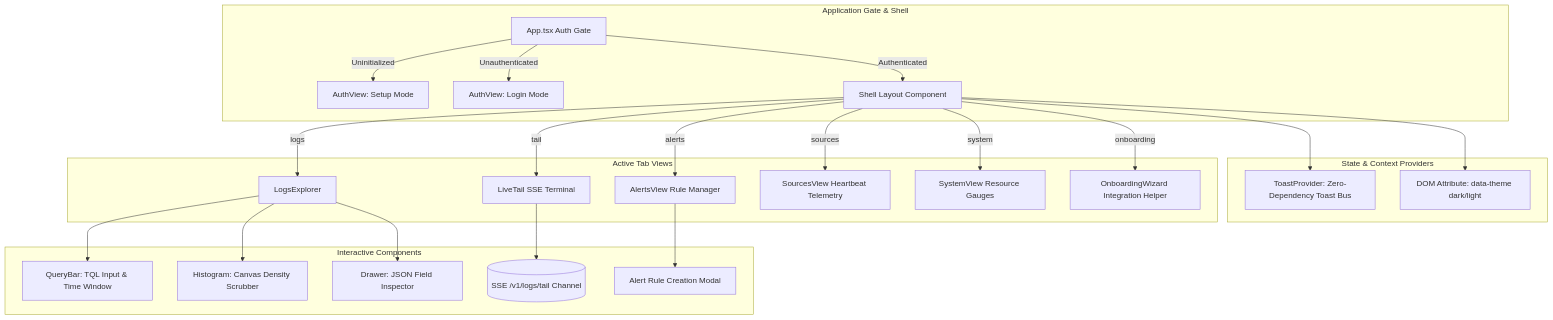
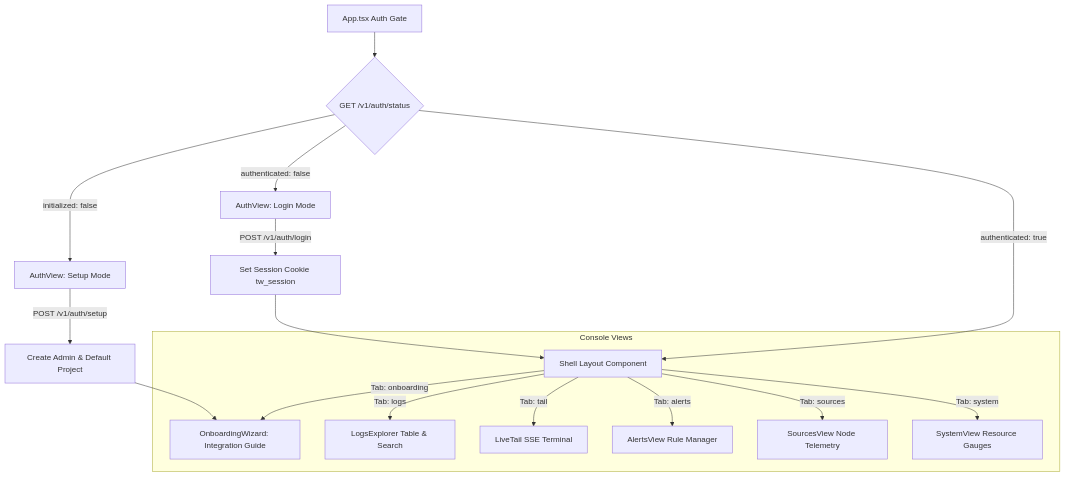
Before and after one commit to ADI-2707/Tailwatch: the first of 3 diagrams in web/README.md, drawn with Mermaid. The commit also changed other lines of this file and 5 other files, not shown here.

Commit message:
docs: update root and subsystem readmes with flowcharts, architecture diagrams, and component trees

````diff
--- a/web/README.md
+++ b/web/README.md
@@ -7,30 +11,20 @@
 ```mermaid
 graph TD
-    subgraph Core [Application Gate & Shell]
-        APP[App.tsx Auth Gate] -->|Uninitialized| SETUP[AuthView: Setup Mode]
-        APP -->|Unauthenticated| LOGIN[AuthView: Login Mode]
-        APP -->|Authenticated| SHELL[Shell Layout Component]
-    end
+    APP[App.tsx Auth Gate] --> GET{GET /v1/auth/status}
+    GET -->|initialized: false| SETUP[AuthView: Setup Mode]
+    SETUP -->|POST /v1/auth/setup| INIT[Create Admin & Default Project]
+    INIT --> ONBD[OnboardingWizard: Integration Guide]
+    GET -->|authenticated: false| LOGIN[AuthView: Login Mode]
+    LOGIN -->|POST /v1/auth/login| COOKIE[Set Session Cookie tw_session]
+    COOKIE --> SHELL[Shell Layout Component]
+    GET -->|authenticated: true| SHELL
 
-    subgraph State [State & Context Providers]
-        SHELL --> TP[ToastProvider: Zero-Dependency Toast Bus]
-        SHELL --> THM[DOM Attribute: data-theme dark/light]
-    end
-
-    subgraph Views [Active Tab Views]
-        SHELL -->|logs| EXPL[LogsExplorer]
-        SHELL -->|tail| TAIL[LiveTail SSE Terminal]
-        SHELL -->|alerts| ALRT[AlertsView Rule Manager]
-        SHELL -->|sources| SRCS[SourcesView Heartbeat Telemetry]
-        SHELL -->|system| SYST[SystemView Resource Gauges]
-        SHELL -->|onboarding| ONBD[OnboardingWizard Integration Helper]
-    end
-
-    subgraph Components [Interactive Components]
-        EXPL --> QB[QueryBar: TQL Input & Time Window]
-        EXPL --> HG[Histogram: Canvas Density Scrubber]
-        EXPL --> DRW[Drawer: JSON Field Inspector]
-        TAIL --> SSE[(SSE /v1/logs/tail Channel)]
-        ALRT --> MODAL[Alert Rule Creation Modal]
+    subgraph Views [Console Views]
+        SHELL -->|Tab: logs| EXPL[LogsExplorer Table & Search]
+        SHELL -->|Tab: tail| TAIL[LiveTail SSE Terminal]
+        SHELL -->|Tab: alerts| ALRT[AlertsView Rule Manager]
+        SHELL -->|Tab: sources| SRCS[SourcesView Node Telemetry]
+        SHELL -->|Tab: system| SYST[SystemView Resource Gauges]
+        SHELL -->|Tab: onboarding| ONBD
     end
 ```
````
